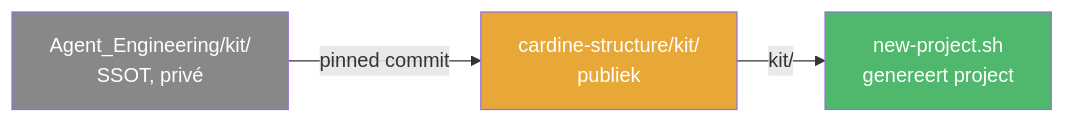
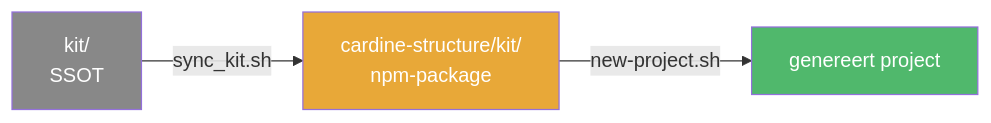
The diagram in packages/structure/README.md (Lennaertds/cardine), drawn with Mermaid before and after one commit. The commit also changed other lines of this file and 46 other files, not shown here.

Commit message:
Alle Agent_Engineering verwijzingen weg

````diff
--- a/packages/structure/README.md
+++ b/packages/structure/README.md
@@ -154,8 +153,8 @@
 ```mermaid
 graph LR
-    AE[Agent_Engineering/kit/<br>SSOT, privé] -->|pinned commit| CS[cardine-structure/kit/<br>publiek]
-    CS -->|kit/| NP[new-project.sh<br>genereert project]
+    AE[kit/<br>SSOT] -->|sync_kit.sh| CS[cardine-structure/kit/<br>npm-package]
+    CS -->|new-project.sh| NP[genereert project]
     style AE fill:#888,color:#fff
     style CS fill:#e8a838,color:#fff
     style NP fill:#50b86c,color:#fff
 ```
````
